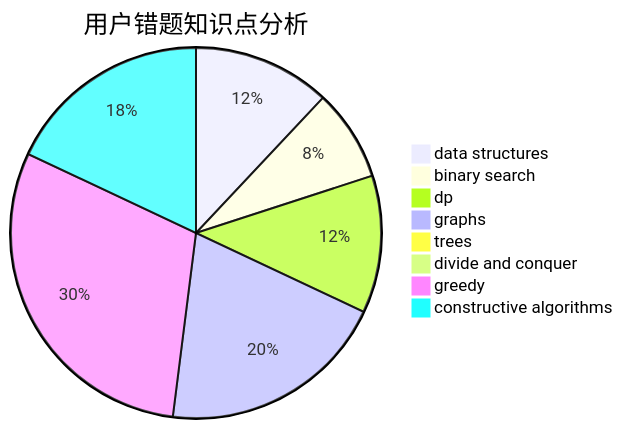
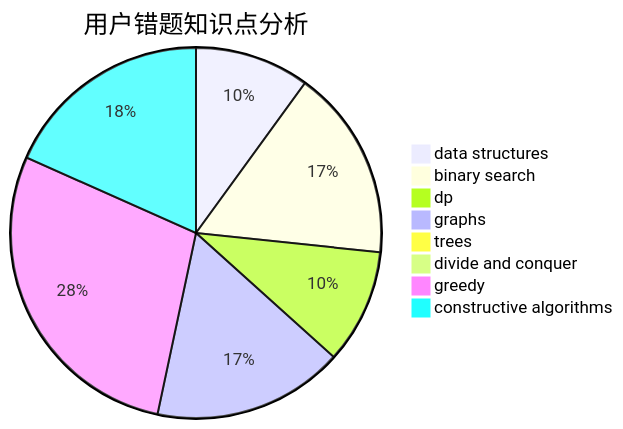
The third of 3 diagrams in docs/user/u104.md (sherpahu/cfrs.github.io), drawn with Mermaid before and after one commit. The commit also changed other lines of this file and 2770 other files, not shown here.

````diff
--- a/docs/user/u104.md
+++ b/docs/user/u104.md
@@ -36,11 +36,11 @@
 ```mermaid
 pie title 用户错题知识点分析
     "data structures" :  6
-    "binary search" :  4
+    "binary search" :  10
     "dp" :  6
     "graphs" :  10
     "trees" :  0
     "divide and conquer" :  0
-    "greedy" :  15
-    "constructive algorithms" :  9
+    "greedy" :  17
+    "constructive algorithms" :  11
 ```
````
